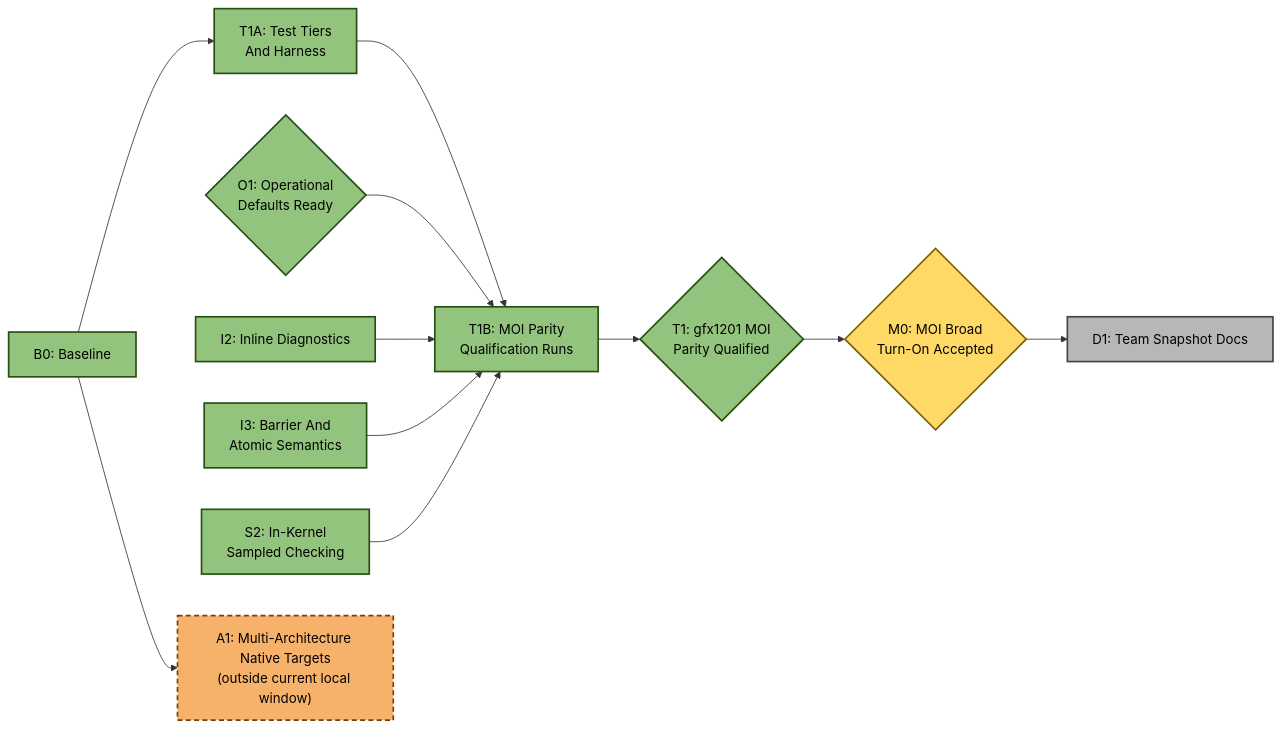
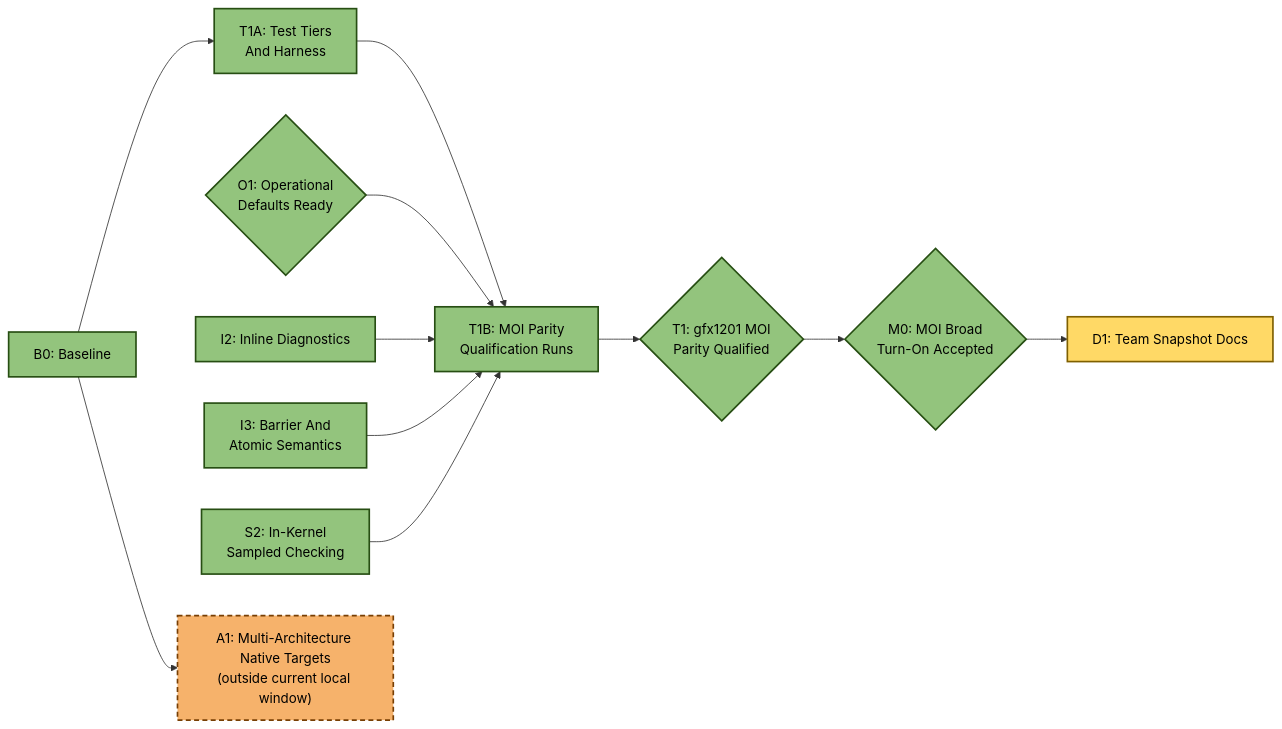
One commit to ROCm/rocm-systems changed the third of 4 diagrams in emulation/rocjitsu/docs/consan/PLAN.md. Above: the diagram before and after it, drawn with Mermaid. The commit also changed other lines of this file and 3 other files, not shown here.

Commit message:
Accept gfx1201 MOI broad turn-on

````diff
--- a/emulation/rocjitsu/docs/consan/PLAN.md
+++ b/emulation/rocjitsu/docs/consan/PLAN.md
@@ -179,33 +180,33 @@
 ```mermaid
 flowchart LR
   B0["B0: Baseline"]:::done
   O1{"O1: Operational<br/>Defaults Ready"}:::done
   I2["I2: Inline Diagnostics"]:::done
   I3["I3: Barrier And<br/>Atomic Semantics"]:::done
   S2["S2: In-Kernel<br/>Sampled Checking"]:::done
   T1A["T1A: Test Tiers<br/>And Harness"]:::done
   T1B["T1B: MOI Parity<br/>Qualification Runs"]:::done
   T1{"T1: gfx1201 MOI<br/>Parity Qualified"}:::done
-  M0{"M0: MOI Broad<br/>Turn-On Accepted"}:::active
-  D1["D1: Team Snapshot Docs"]:::todo
+  M0{"M0: MOI Broad<br/>Turn-On Accepted"}:::done
+  D1["D1: Team Snapshot Docs"]:::active
   A1["A1: Multi-Architecture Native Targets<br/>(outside current local window)"]:::deferred
 
   B0 --> T1A
   T1A --> T1B
   O1 --> T1B
   I2 --> T1B
   I3 --> T1B
   S2 --> T1B
   T1B --> T1
   T1 --> M0
   M0 --> D1
 
   B0 --> A1
 
   classDef done fill:#93c47d,stroke:#274e13,stroke-width:2px,color:#000;
   classDef active fill:#ffd966,stroke:#7f6000,stroke-width:2px,color:#000;
   classDef target fill:#b4a7d6,stroke:#351c75,stroke-width:2px,color:#000;
   classDef partial fill:#6fa8dc,stroke:#073763,stroke-width:2px,color:#000;
   classDef todo fill:#b7b7b7,stroke:#434343,stroke-width:2px,color:#000;
   classDef deferred fill:#f6b26b,stroke:#783f04,stroke-width:2px,color:#000,stroke-dasharray: 6 4;
 ```
````
